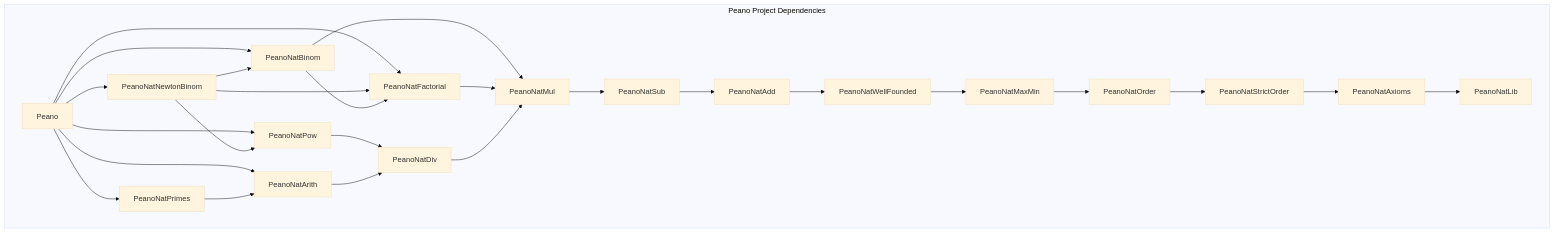
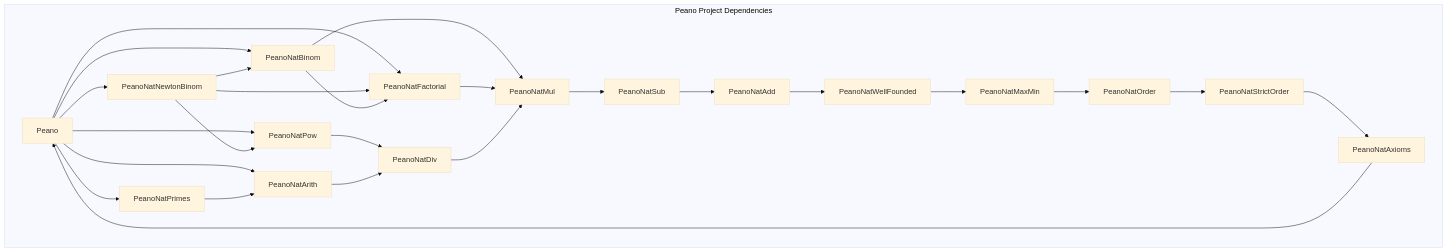
One commit to julian1c2a/Peano changed the diagram in DEPENDENCIES.md. Above: the diagram before and after it, drawn with Mermaid (base theme). The commit also changed other lines of this file and 33 other files, not shown here.

````diff
--- a/DEPENDENCIES.md
+++ b/DEPENDENCIES.md
@@ -12,34 +12,34 @@
 ```mermaid
 graph TD;
     subgraph Peano Project Dependencies
         Peano --> PeanoNatNewtonBinom;
         Peano --> PeanoNatBinom;
         Peano --> PeanoNatFactorial;
         Peano --> PeanoNatPow;
         Peano --> PeanoNatPrimes;
         Peano --> PeanoNatArith;
 
         PeanoNatNewtonBinom --> PeanoNatBinom;
         PeanoNatNewtonBinom --> PeanoNatFactorial;
         PeanoNatNewtonBinom --> PeanoNatPow;
 
         PeanoNatBinom --> PeanoNatFactorial;
         PeanoNatBinom --> PeanoNatMul;
 
         PeanoNatFactorial --> PeanoNatMul;
 
         PeanoNatPow --> PeanoNatDiv;
         PeanoNatPrimes --> PeanoNatArith;
         PeanoNatArith --> PeanoNatDiv;
 
         PeanoNatDiv --> PeanoNatMul;
         PeanoNatMul --> PeanoNatSub;
         PeanoNatSub --> PeanoNatAdd;
         PeanoNatAdd --> PeanoNatWellFounded;
         PeanoNatWellFounded --> PeanoNatMaxMin;
         PeanoNatMaxMin --> PeanoNatOrder;
         PeanoNatOrder --> PeanoNatStrictOrder;
         PeanoNatStrictOrder --> PeanoNatAxioms;
-        PeanoNatAxioms --> PeanoNatLib;
+        PeanoNatAxioms --> Peano;
     end
 ```
````
